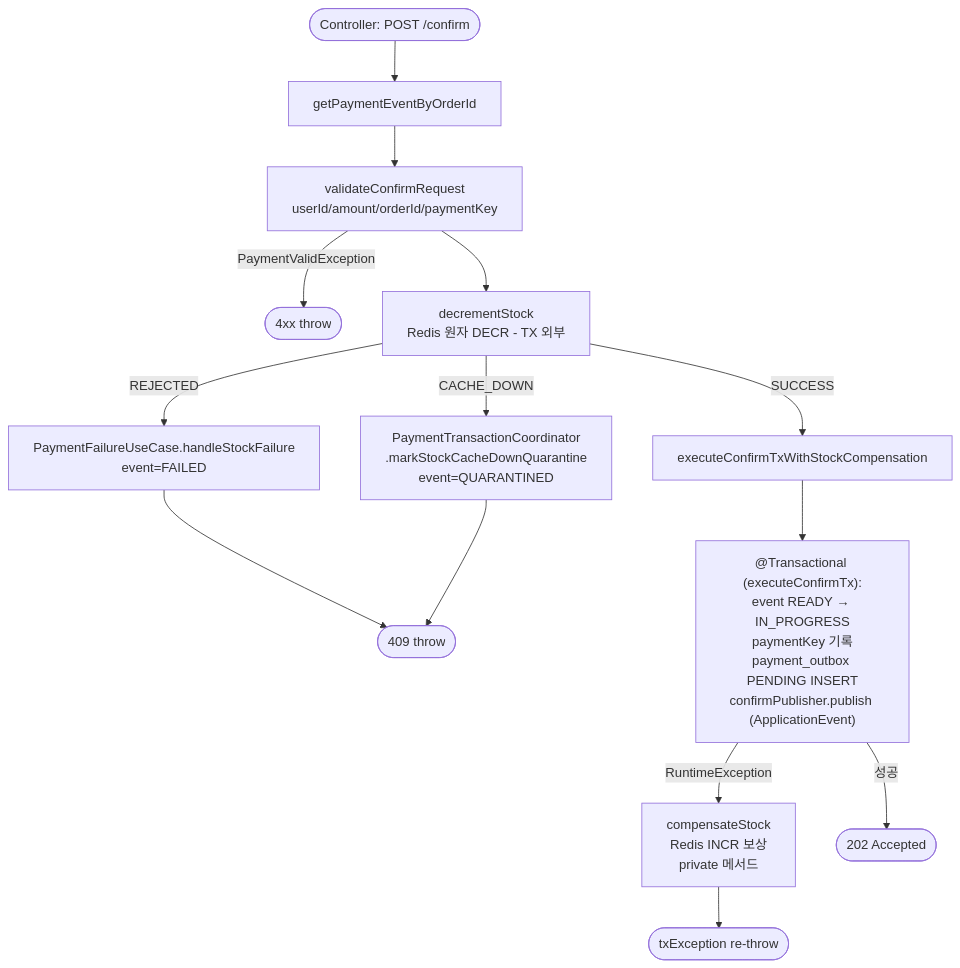
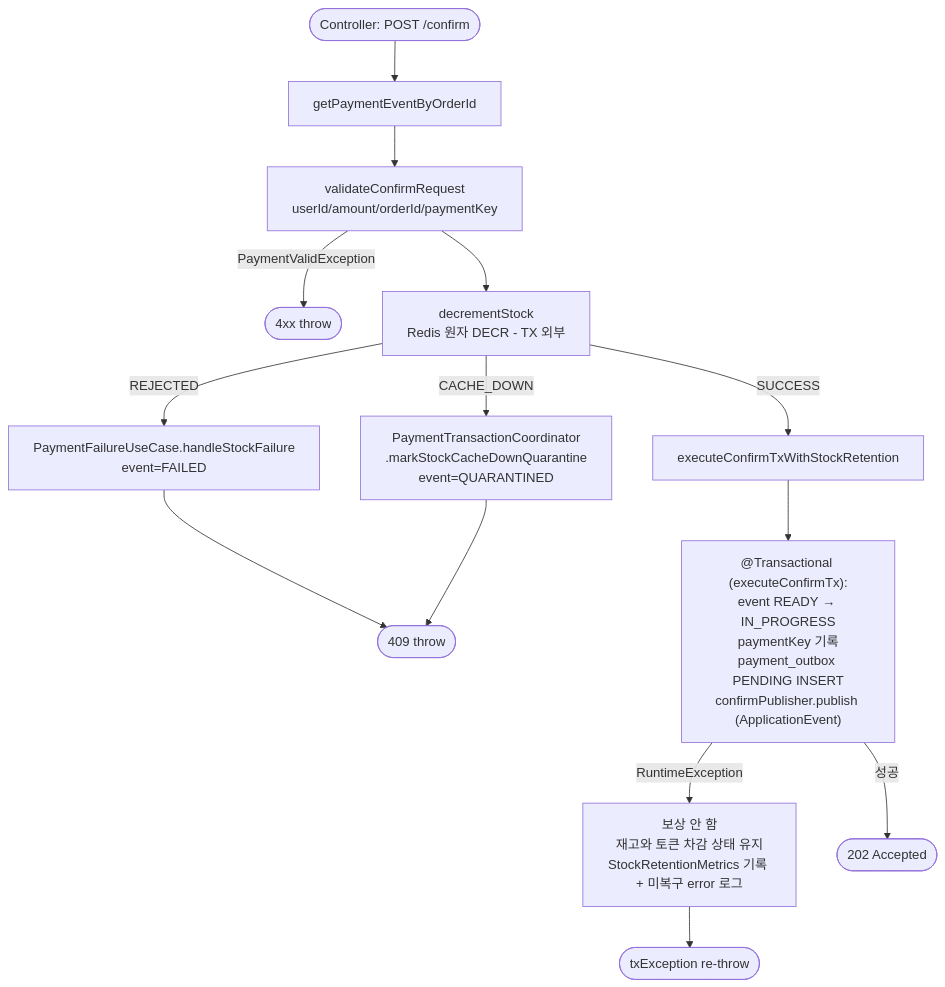
One commit to hyoguoo/payment-platform changed the first of 8 diagrams in docs/context/CONFIRM-FLOW.md. Above: the diagram before and after it, drawn with Mermaid. The commit also changed other lines of this file and 8 other files, not shown here.

````diff
--- a/docs/context/CONFIRM-FLOW.md
+++ b/docs/context/CONFIRM-FLOW.md
@@ -39,19 +39,19 @@
 ```mermaid
 flowchart TD
     A([Controller: POST /confirm]) --> B[getPaymentEventByOrderId]
     B --> LVAL[validateConfirmRequest<br/>userId/amount/orderId/paymentKey]
     LVAL -->|PaymentValidException| FAIL_4XX([4xx throw])
     LVAL --> DECR[decrementStock<br/>Redis 원자 DECR - TX 외부]
 
     DECR -->|REJECTED| RJ[PaymentFailureUseCase.handleStockFailure<br/>event=FAILED]
     DECR -->|CACHE_DOWN| CD[PaymentTransactionCoordinator<br/>.markStockCacheDownQuarantine<br/>event=QUARANTINED]
-    DECR -->|SUCCESS| TX[executeConfirmTxWithStockCompensation]
+    DECR -->|SUCCESS| TX[executeConfirmTxWithStockRetention]
 
     RJ --> FAIL_409([409 throw])
     CD --> FAIL_409
 
     TX --> TX_INNER["@Transactional (executeConfirmTx):<br/>event READY → IN_PROGRESS<br/>paymentKey 기록<br/>payment_outbox PENDING INSERT<br/>confirmPublisher.publish (ApplicationEvent)"]
-    TX_INNER -->|RuntimeException| COMP[compensateStock<br/>Redis INCR 보상<br/>private 메서드]
+    TX_INNER -->|RuntimeException| COMP[보상 안 함<br/>재고와 토큰 차감 상태 유지<br/>StockRetentionMetrics 기록 + 미복구 error 로그]
     COMP --> RETHROW([txException re-throw])
     TX_INNER -->|성공| RESP([202 Accepted])
 ```
````
